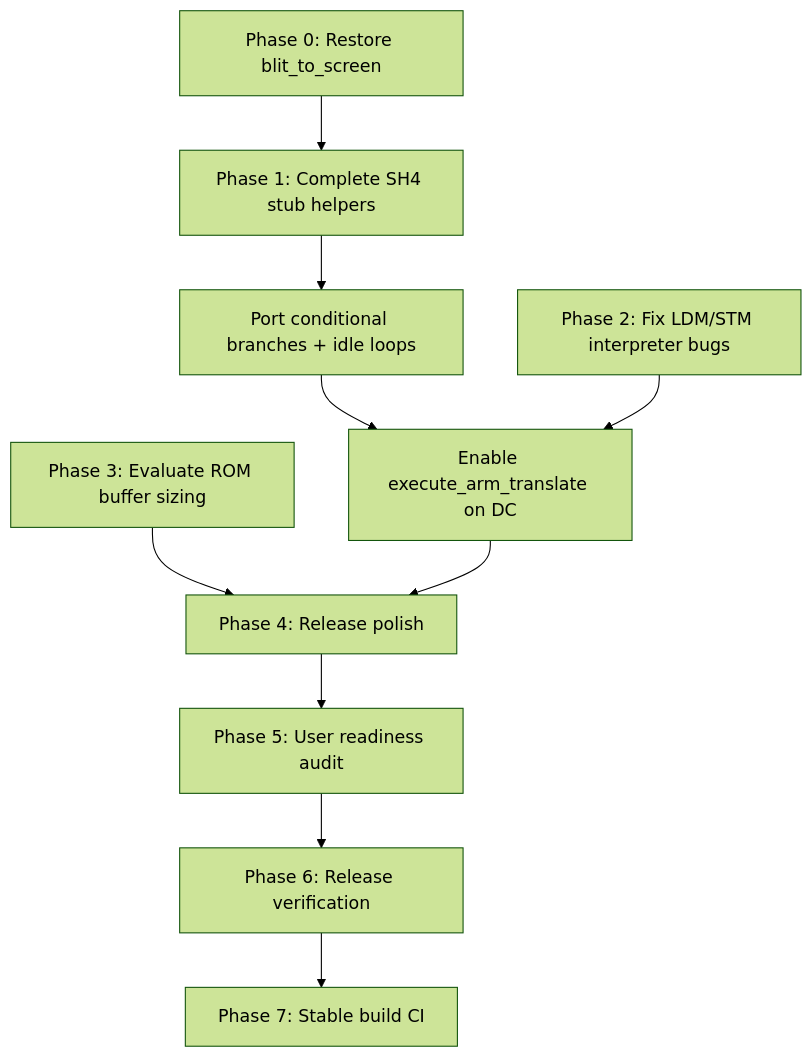
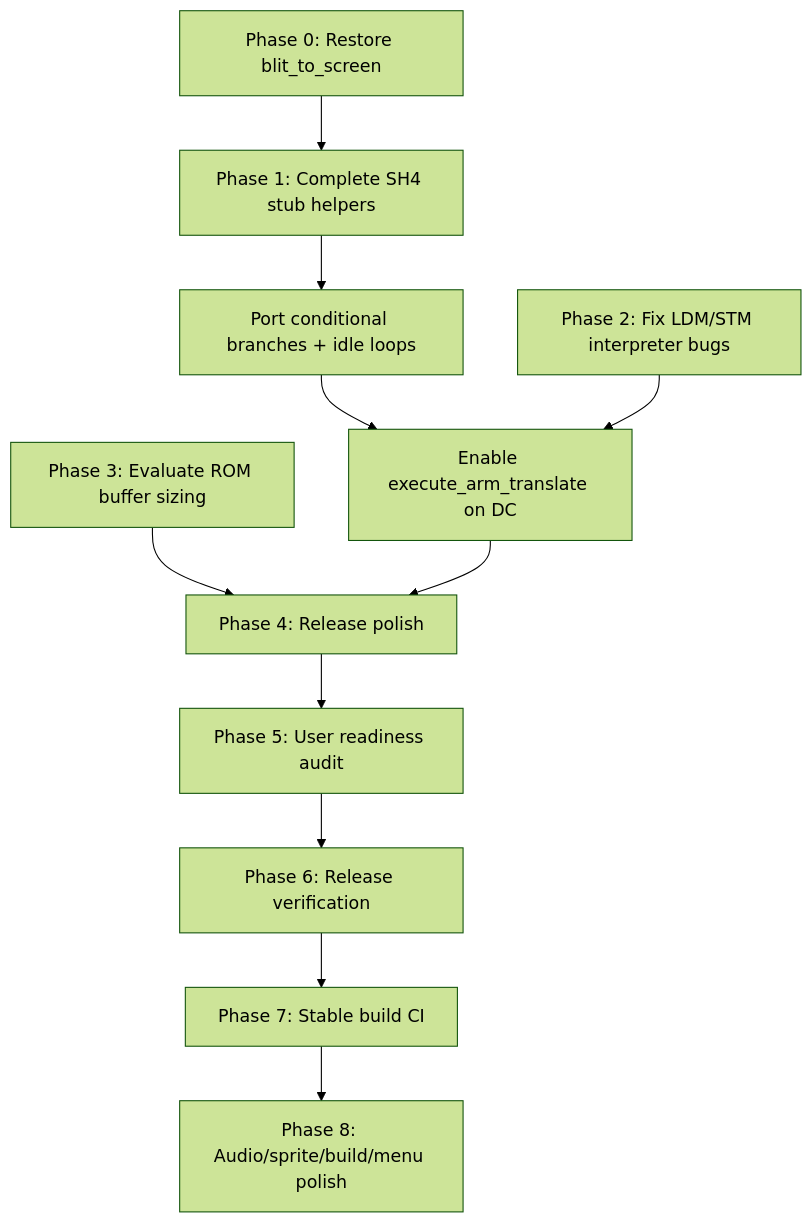
One commit to GPF/gPSPDC changed the diagram in HIGH_IMPACT_FIXES.md. Above: the diagram before and after it, drawn with Mermaid (forest theme). The commit also changed other lines of this file and 7 other files, not shown here.

First line of the commit message:
Audit and polish Dreamcast audio, build, and menu work

````diff
--- a/HIGH_IMPACT_FIXES.md
+++ b/HIGH_IMPACT_FIXES.md
@@ -145,12 +182,13 @@
 ```mermaid
 flowchart TD
     A[Phase 0: Restore blit_to_screen] --> B[Phase 1: Complete SH4 stub helpers]
     B --> C[Port conditional branches + idle loops]
     C --> D[Enable execute_arm_translate on DC]
     E[Phase 2: Fix LDM/STM interpreter bugs] --> D
     F[Phase 3: Evaluate ROM buffer sizing] --> G[Phase 4: Release polish]
     D --> G
     G --> H[Phase 5: User readiness audit]
     H --> I[Phase 6: Release verification]
     I --> J[Phase 7: Stable build CI]
+    J --> K[Phase 8: Audio/sprite/build/menu polish]
 ```
````
